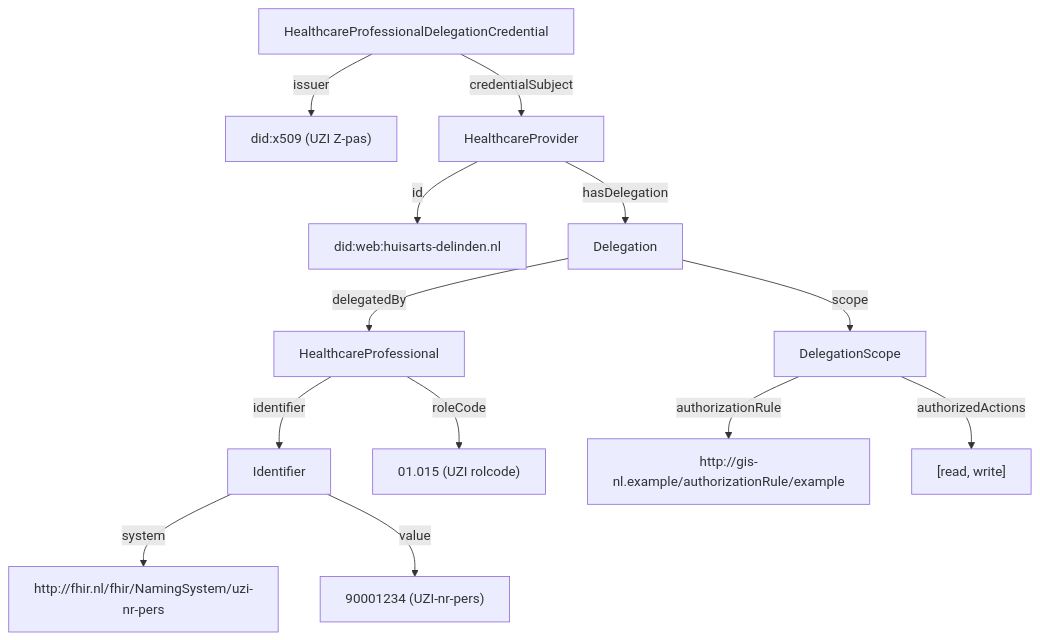
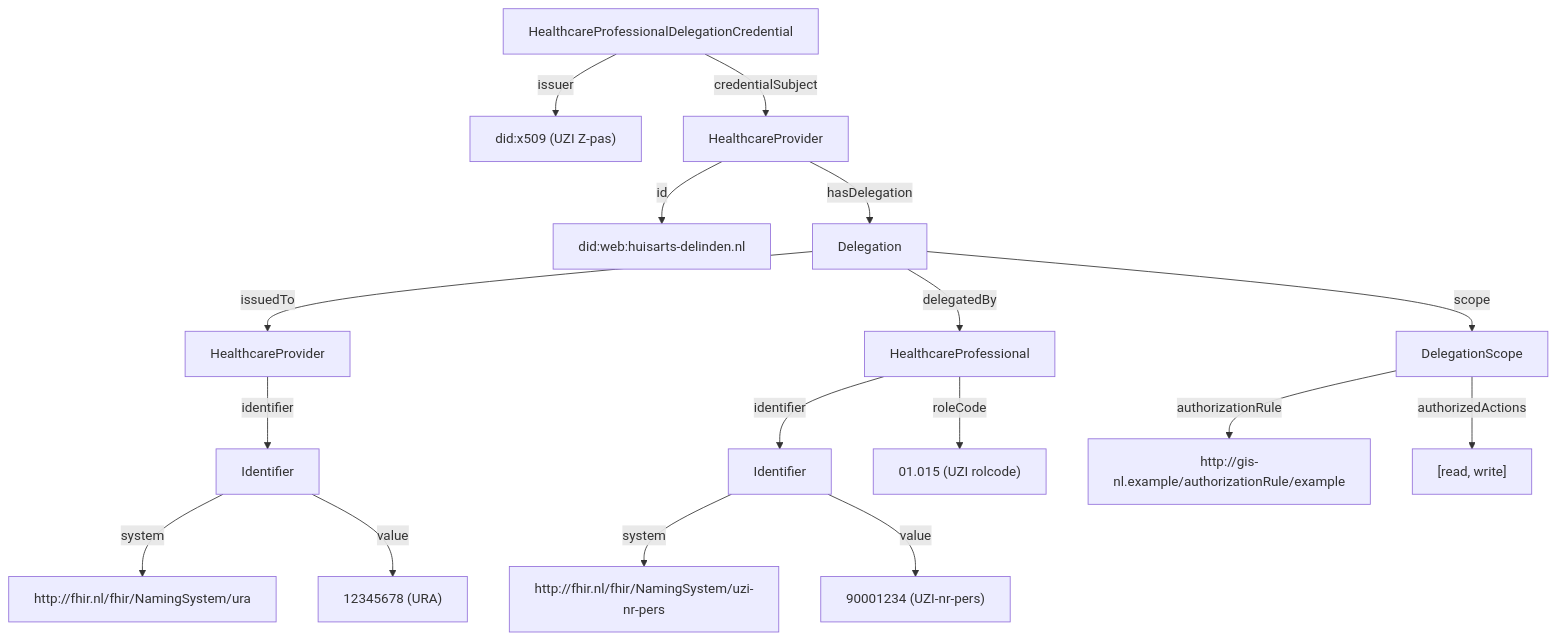
Before and after one commit to nuts-foundation/nl-generic-functions-ig: the diagram in input/pagecontent/credential-HealthcareProfessionalDelegationCredential.md, drawn with Mermaid. The commit also changed other lines of this file, not shown here.

First line of the commit message:
Add issuedTo (URA of healthcare provider) to HealthcareProfessionalDelegationCredential

````diff
--- a/input/pagecontent/credential-HealthcareProfessionalDelegationCredential.md
+++ b/input/pagecontent/credential-HealthcareProfessionalDelegationCredential.md
@@ -124,16 +148,20 @@
 ```mermaid
 graph TD
     VC[HealthcareProfessionalDelegationCredential]
     VC -->|issuer| ISSUER["did:x509 (UZI Z-pas)"]
     VC -->|credentialSubject| HP["HealthcareProvider"]
     HP -->|id| HPID["did:web:huisarts-delinden.nl"]
     HP -->|hasDelegation| DEL["Delegation"]
+    DEL -->|issuedTo| ITO["HealthcareProvider"]
+    ITO -->|identifier| ITOID["Identifier"]
+    ITOID -->|system| ITOSYS["http://fhir.nl/fhir/NamingSystem/ura"]
+    ITOID -->|value| ITOVAL["12345678 (URA)"]
     DEL -->|delegatedBy| HCP["HealthcareProfessional"]
     HCP -->|identifier| HCPID["Identifier"]
     HCPID -->|system| HCPSYS["http://fhir.nl/fhir/NamingSystem/uzi-nr-pers"]
     HCPID -->|value| HCPVAL["90001234 (UZI-nr-pers)"]
     HCP -->|roleCode| HCPROLE["01.015 (UZI rolcode)"]
     DEL -->|scope| SCOPE["DelegationScope"]
     SCOPE -->|authorizationRule| RULE["http://gis-nl.example/authorizationRule/example"]
     SCOPE -->|authorizedActions| ACTIONS["[read, write]"]
 ```
````
